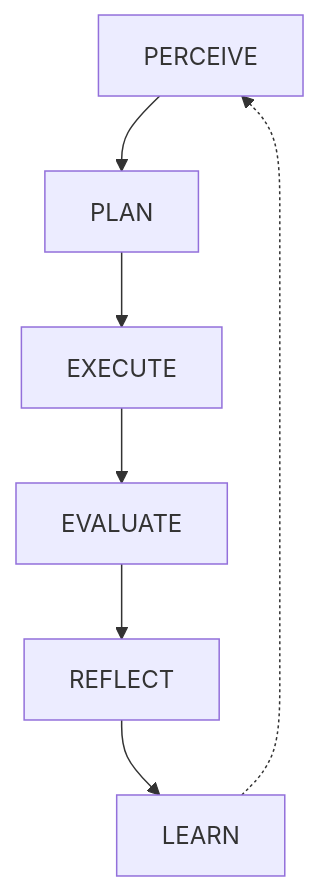
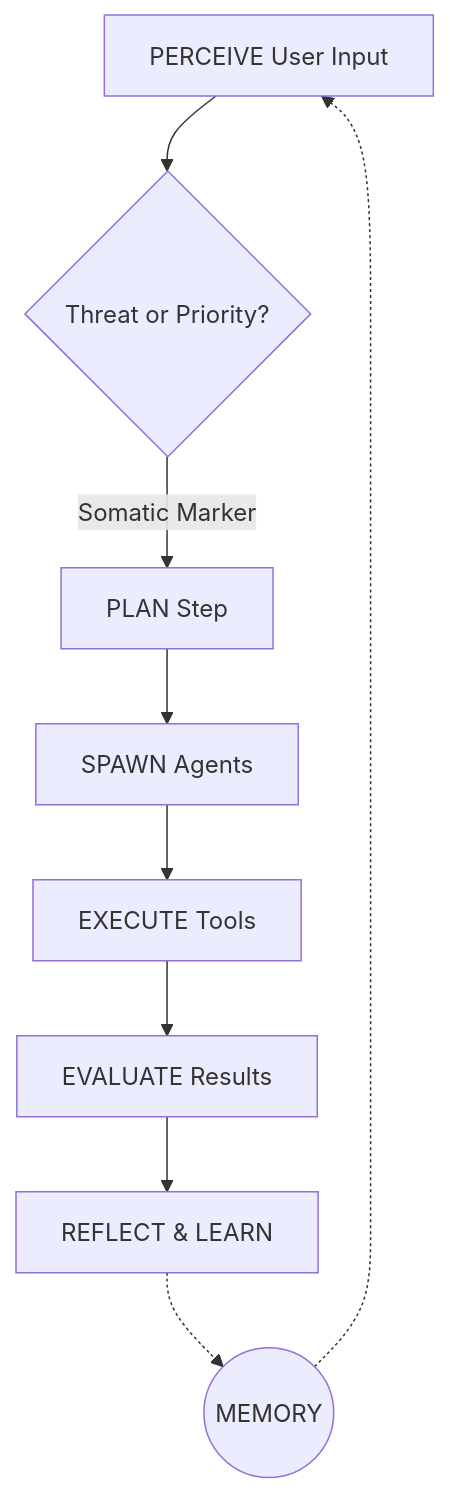
Before and after one commit to joshdeansavv/CMAS: the diagram in README.md, drawn with Mermaid. The commit also changed other lines of this file, not shown here.

````diff
--- a/README.md
+++ b/README.md
@@ -52,9 +83,11 @@
 ```mermaid
 graph TD
-    A[PERCEIVE] --> B[PLAN]
-    B --> C[EXECUTE]
-    C --> D[EVALUATE]
-    D --> E[REFLECT]
-    E --> F[LEARN]
-    F -.-> A
+    A[PERCEIVE User Input] --> B{Threat or Priority?}
+    B -->|Somatic Marker| C[PLAN Step]
+    C --> D[SPAWN Agents]
+    D --> E[EXECUTE Tools]
+    E --> F[EVALUATE Results]
+    F --> G[REFLECT & LEARN]
+    G -.-> H((MEMORY))
+    H -.-> A
 ```
````
